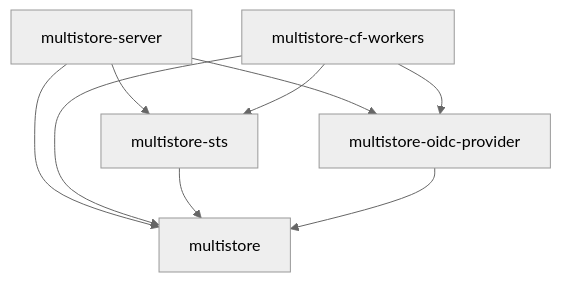
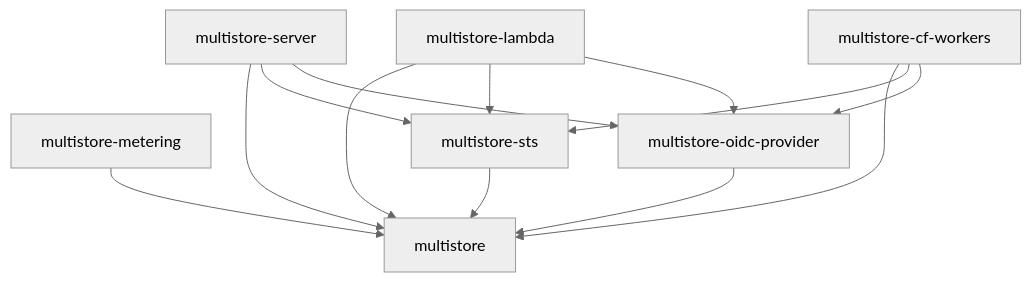
The diagram in docs/architecture/crate-layout.md (developmentseed/multistore), drawn with Mermaid (neutral theme) before and after one commit. The commit also changed other lines of this file and 6 other files, not shown here.

````diff
--- a/docs/architecture/crate-layout.md
+++ b/docs/architecture/crate-layout.md
@@ -77,17 +90,23 @@
 ```mermaid
 flowchart TD
     core["multistore"]
+    metering["multistore-metering"]
     sts["multistore-sts"]
     oidc["multistore-oidc-provider"]
     server["multistore-server"]
+    lambda["multistore-lambda"]
     workers["multistore-cf-workers"]
 
     server --> core
     server --> sts
     server --> oidc
+    lambda --> core
+    lambda --> sts
+    lambda --> oidc
     workers --> core
     workers --> sts
     workers --> oidc
+    metering --> core
     sts --> core
     oidc --> core
 ```
````
